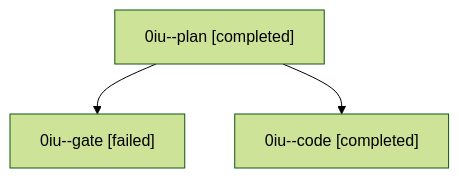
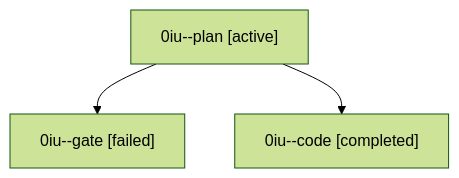
One commit to sase-org/sase--agents changed the diagram in families/bbugyi200.athena.0iu.md. Above: the diagram before and after it, drawn with Mermaid (forest theme). The commit also changed other lines of this file and 35830 other files, not shown here.

````diff
--- a/families/bbugyi200.athena.0iu.md
+++ b/families/bbugyi200.athena.0iu.md
@@ -9,8 +9,8 @@
 ```mermaid
 flowchart TD
-  n0["0iu--plan [completed]"]
+  n0["0iu--plan [active]"]
   n1["0iu--gate [failed]"]
   n0 --> n1
   n2["0iu--code [completed]"]
   n0 --> n2
 ```
````
